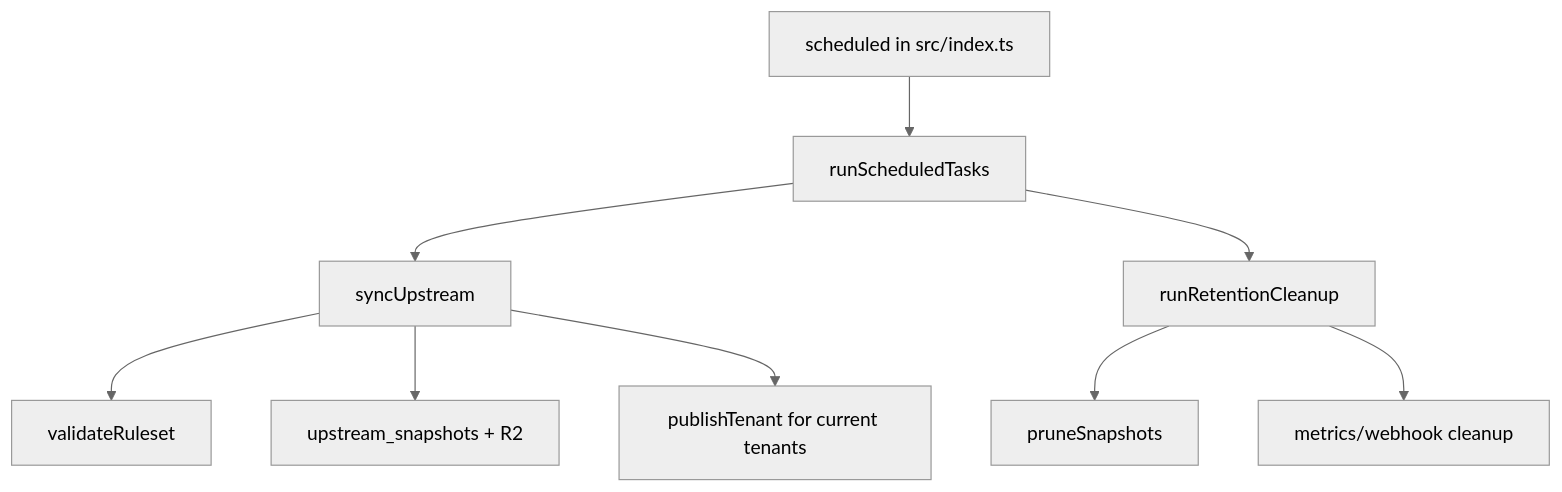
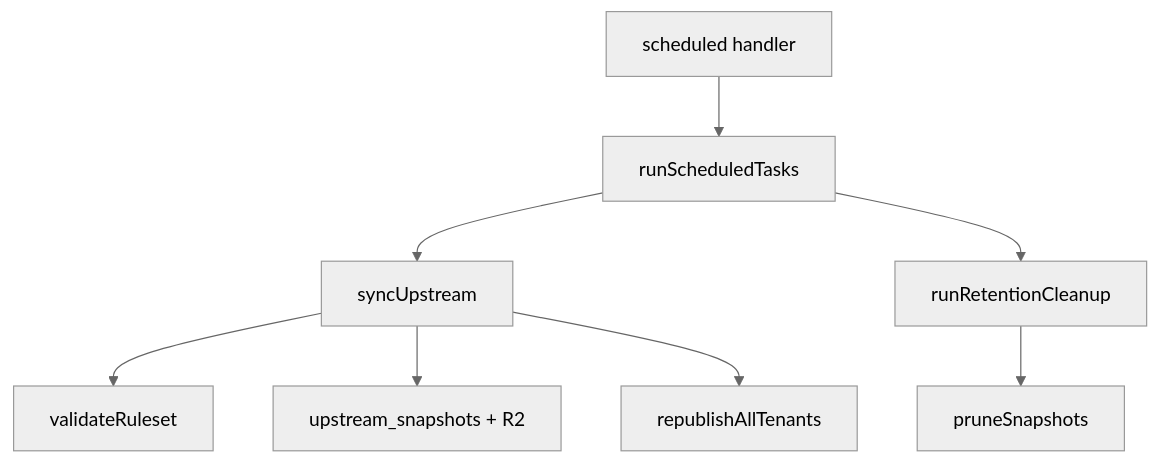
The diagram in docs/wiki/upstream-sync-retention.md (DailenG/CheckDeployManager), drawn with Mermaid (neutral theme) before and after one commit. The commit also changed other lines of this file and 14 other files, not shown here.

````diff
--- a/docs/wiki/upstream-sync-retention.md
+++ b/docs/wiki/upstream-sync-retention.md
@@ -16,11 +29,10 @@
 ```mermaid
 flowchart TD
-  A[scheduled in src/index.ts] --> B[runScheduledTasks]
+  A[scheduled handler] --> B[runScheduledTasks]
   B --> C[syncUpstream]
   C --> D[validateRuleset]
   C --> E[upstream_snapshots + R2]
-  C --> F[publishTenant for current tenants]
+  C --> F[republishAllTenants]
   B --> G[runRetentionCleanup]
   G --> H[pruneSnapshots]
-  G --> I[metrics/webhook cleanup]
 ```
````
